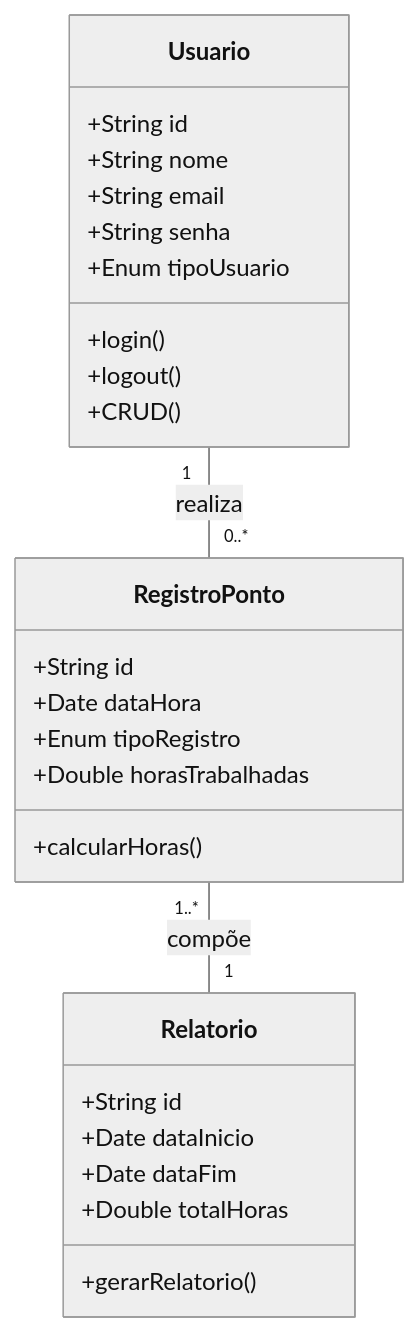
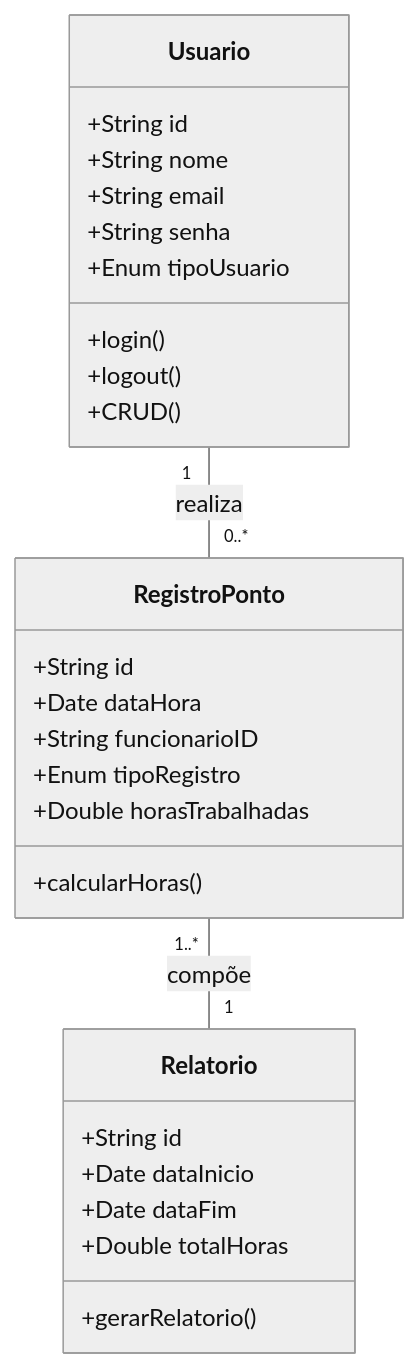
One commit to ju130-star/FrontEnd changed the first of 3 diagrams in Frameworks/Next/controle_de_ponto/README.md. Above: the diagram before and after it, drawn with Mermaid (neutral theme). The commit also changed other lines of this file and 4 other files, not shown here.

````diff
--- a/Frameworks/Next/controle_de_ponto/README.md
+++ b/Frameworks/Next/controle_de_ponto/README.md
@@ -64,32 +63,34 @@
 ```mermaid
 classDiagram
     class Usuario {
         +String id
         +String nome
         +String email
         +String senha
         +Enum tipoUsuario
         +login()
         +logout()
         +CRUD()
     }
 
-    class RegistroPonto {
+     class RegistroPonto {
         +String id
         +Date dataHora
+        +String funcionarioID
         +Enum tipoRegistro
         +Double horasTrabalhadas
         +calcularHoras()
+
     }
 
     class Relatorio {
         +String id
         +Date dataInicio
         +Date dataFim
         +Double totalHoras
         +gerarRelatorio()
     }
 
     Usuario "1" -- "0..*" RegistroPonto : realiza
     RegistroPonto "1..*" -- "1" Relatorio : compõe
 ```
````
